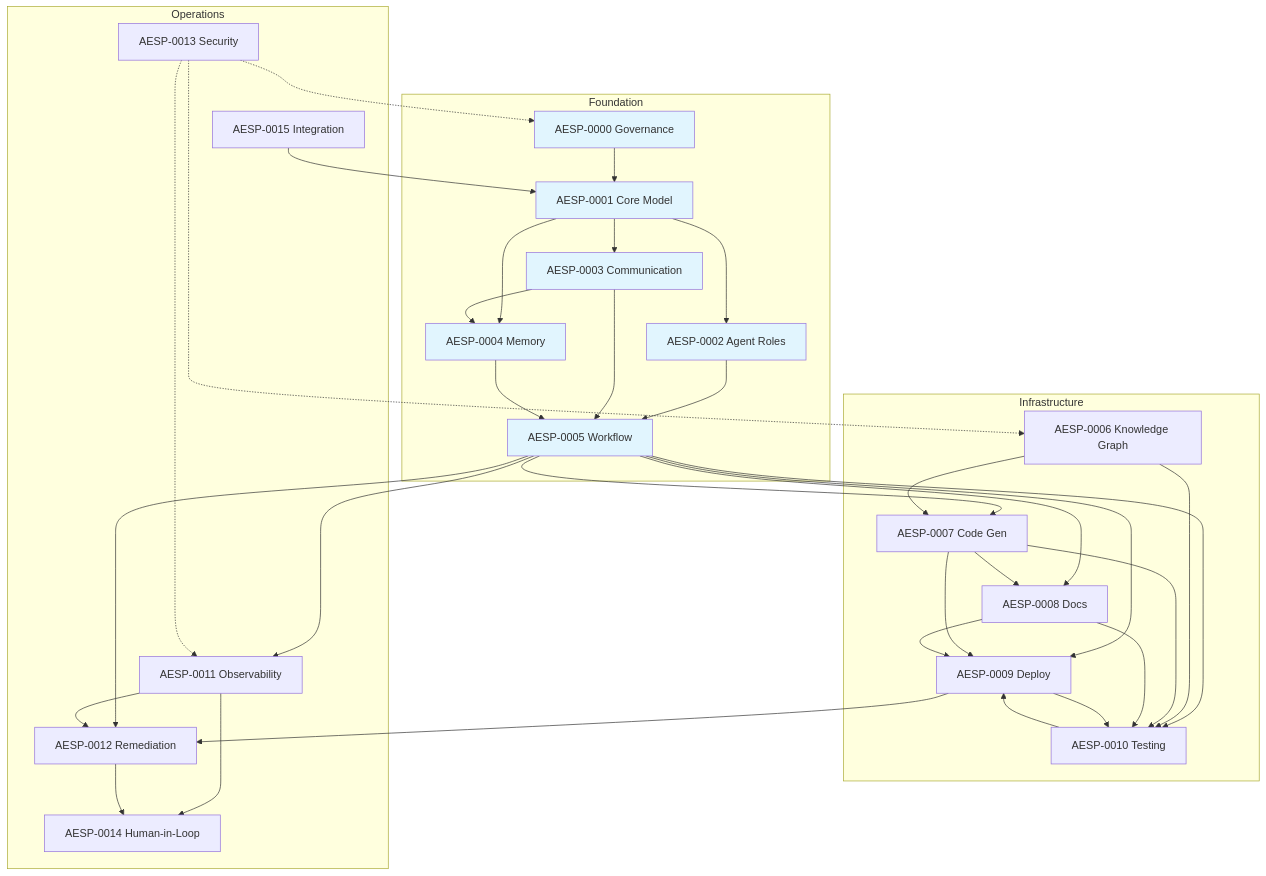
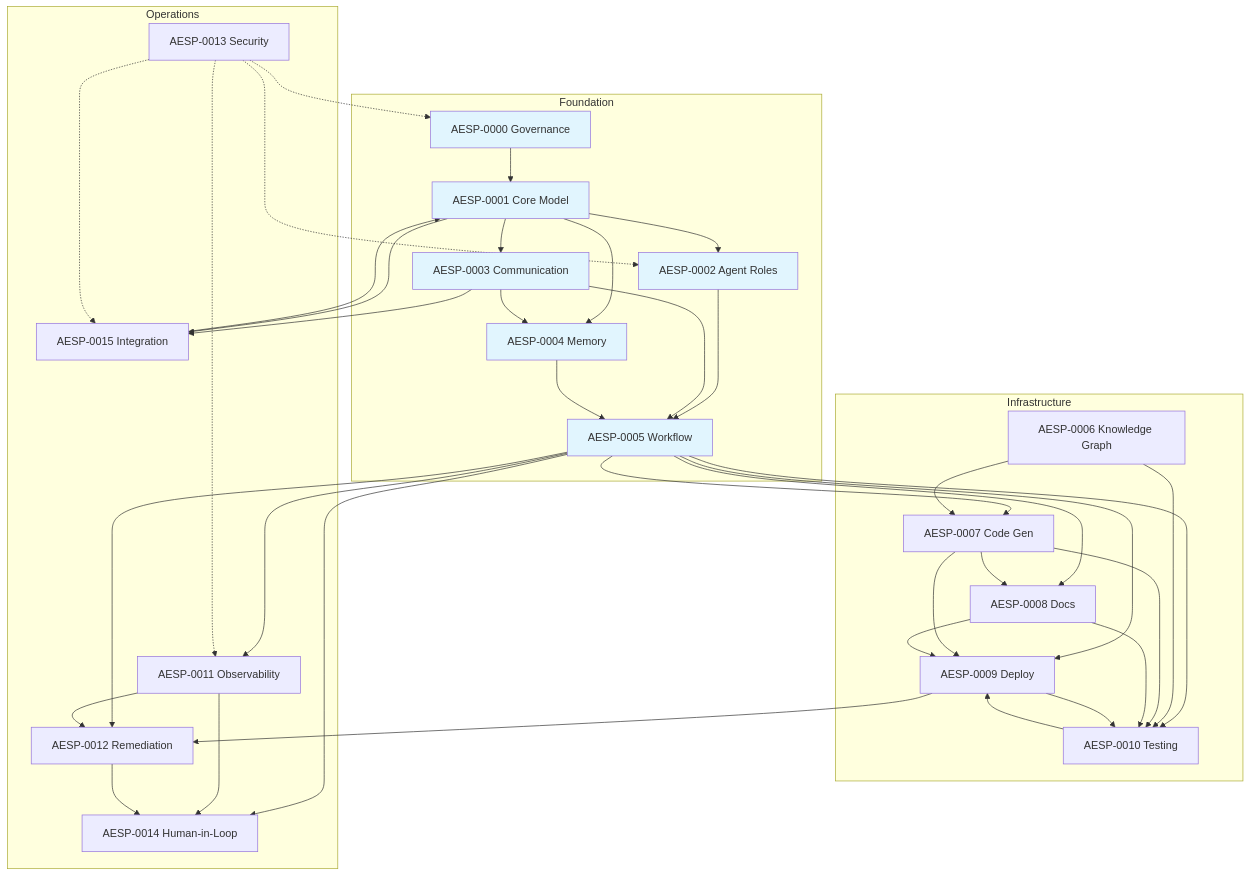
The diagram in specification/README.md (kishoreHQ/AESP), drawn with Mermaid before and after one commit. The commit also changed other lines of this file and 30 other files, not shown here.

````diff
--- a/specification/README.md
+++ b/specification/README.md
@@ -58,68 +58,72 @@
 ```mermaid
 graph TD
     subgraph Foundation
         A0000[AESP-0000 Governance]
         A0001[AESP-0001 Core Model]
         A0002[AESP-0002 Agent Roles]
         A0003[AESP-0003 Communication]
         A0004[AESP-0004 Memory]
         A0005[AESP-0005 Workflow]
     end
 
     subgraph Infrastructure
         A0006[AESP-0006 Knowledge Graph]
         A0007[AESP-0007 Code Gen]
         A0008[AESP-0008 Docs]
         A0009[AESP-0009 Deploy]
         A0010[AESP-0010 Testing]
     end
 
     subgraph Operations
         A0011[AESP-0011 Observability]
         A0012[AESP-0012 Remediation]
         A0013[AESP-0013 Security]
         A0014[AESP-0014 Human-in-Loop]
         A0015[AESP-0015 Integration]
     end
 
     A0000 --> A0001
     A0001 --> A0002
     A0001 --> A0003
     A0001 --> A0004
     A0002 --> A0005
     A0003 --> A0004
     A0003 --> A0005
     A0004 --> A0005
     A0005 --> A0011
     A0005 --> A0012
     A0005 --> A0007
     A0005 --> A0008
     A0006 --> A0007
     A0007 --> A0008
     A0005 --> A0009
     A0007 --> A0009
     A0008 --> A0009
 
     A0005 --> A0010
     A0006 --> A0010
     A0007 --> A0010
     A0008 --> A0010
     A0009 --> A0010
     A0010 --> A0009
     A0009 --> A0012
 
     A0011 --> A0012
+    A0005 --> A0014
     A0011 --> A0014
     A0012 --> A0014
+    A0003 --> A0015
+    A0001 --> A0015
     A0013 -.-> A0000
-    A0013 -.-> A0006
+    A0013 -.-> A0002
     A0013 -.-> A0011
+    A0013 -.-> A0015
     A0015 --> A0001
 
     style A0000 fill:#e1f5fe
     style A0001 fill:#e1f5fe
     style A0002 fill:#e1f5fe
     style A0003 fill:#e1f5fe
     style A0004 fill:#e1f5fe
     style A0005 fill:#e1f5fe
 ```
````
